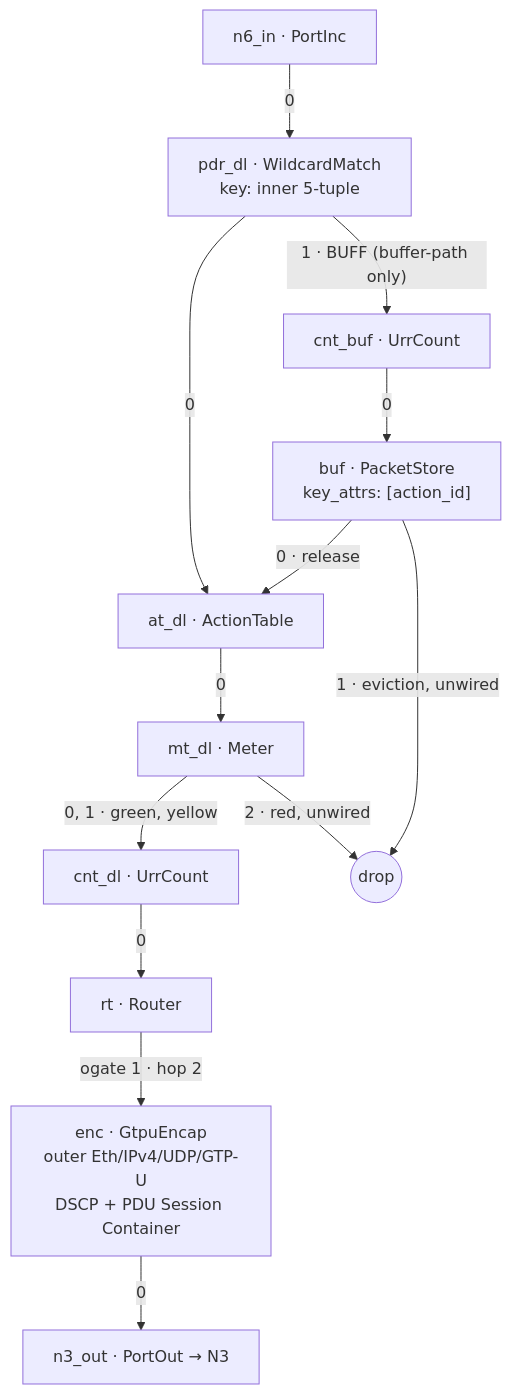
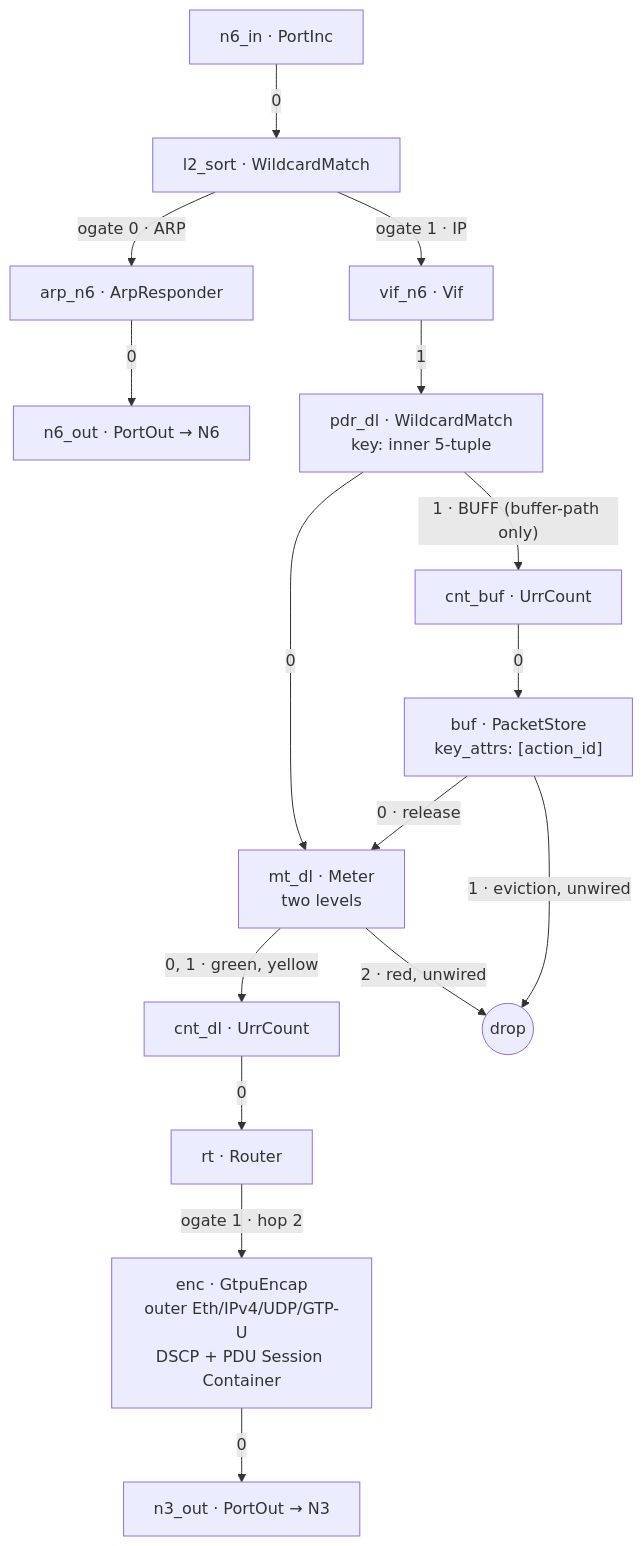
The second of 3 diagrams in docs/datapath.md (krsna1729/upf), drawn with Mermaid before and after one commit. The commit also changed other lines of this file and 6 other files, not shown here.

First line of the commit message:
docs: add pipeline diagram, router inventory, and interface compliance

````diff
--- a/docs/datapath.md
+++ b/docs/datapath.md
@@ -53,15 +53,18 @@
 ```mermaid
 flowchart TB
-    n6in["n6_in · PortInc"] -->|0| pdr["pdr_dl · WildcardMatch<br/>key: inner 5-tuple"]
-    pdr -->|0| at["at_dl · ActionTable"]
+    n6in["n6_in · PortInc"] -->|0| l2["l2_sort · WildcardMatch"]
+    l2 -->|"ogate 0 · ARP"| arp["arp_n6 · ArpResponder"]
+    arp -->|0| n6out["n6_out · PortOut → N6"]
+    l2 -->|"ogate 1 · IP"| vif["vif_n6 · Vif"]
+    vif -->|1| pdr["pdr_dl · WildcardMatch<br/>key: inner 5-tuple"]
+    pdr -->|0| meter["mt_dl · Meter<br/>two levels"]
     pdr -->|"1 · BUFF (buffer-path only)"| cb["cnt_buf · UrrCount"]
     cb -->|0| buf["buf · PacketStore<br/>key_attrs: [action_id]"]
-    buf -->|"0 · release"| at
+    buf -->|"0 · release"| meter
     buf -->|"1 · eviction, unwired"| drop(("drop"))
-    at -->|0| meter["mt_dl · Meter"]
     meter -->|"0, 1 · green, yellow"| cnt["cnt_dl · UrrCount"]
     meter -->|"2 · red, unwired"| drop
     cnt -->|0| rt["rt · Router"]
     rt -->|"ogate 1 · hop 2"| enc["enc · GtpuEncap<br/>outer Eth/IPv4/UDP/GTP-U<br/>DSCP + PDU Session Container"]
     enc -->|0| n3out["n3_out · PortOut → N3"]
 ```
````
